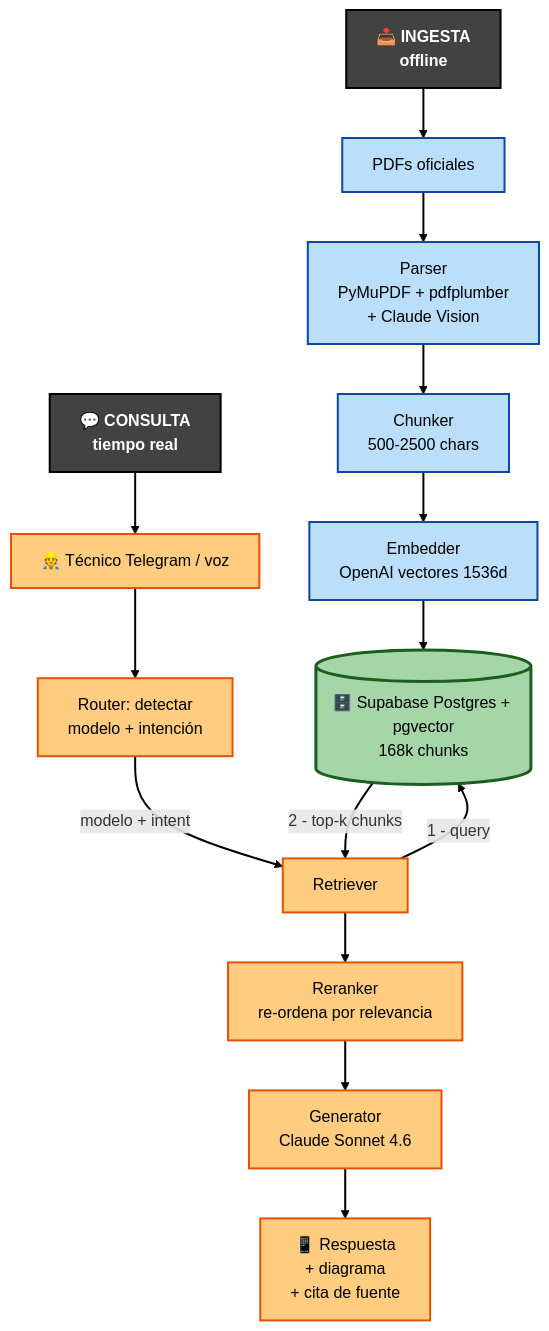
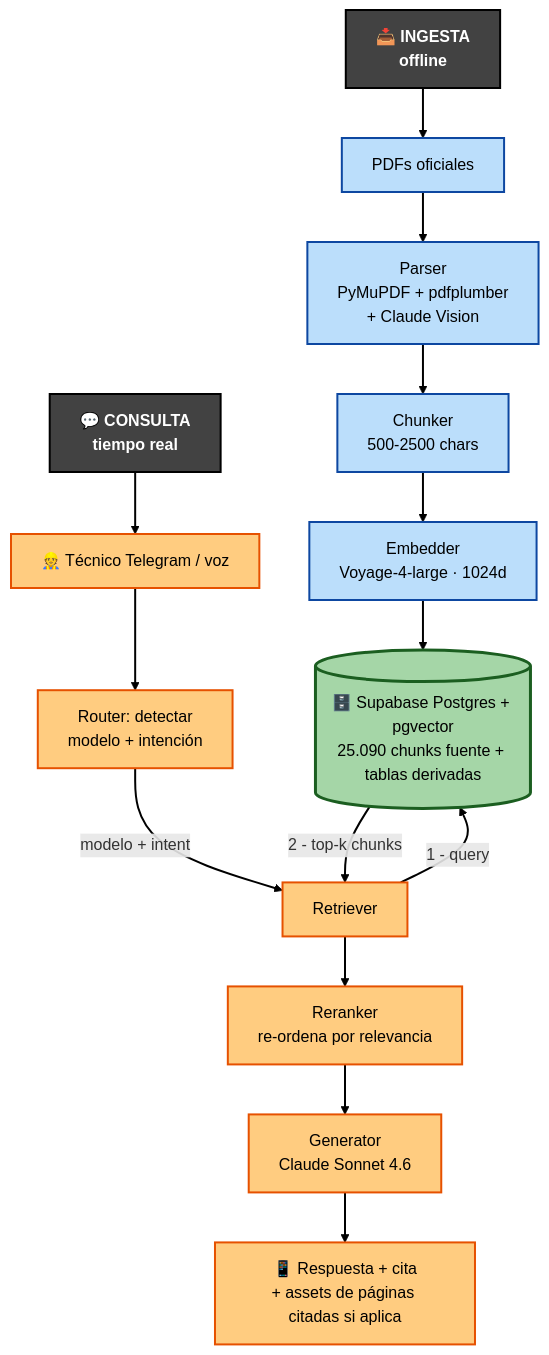
Before and after one commit to albertofontiber/technical_bot: the first of 8 diagrams in docs/ARCHITECTURE.md, drawn with Mermaid. The commit also changed other lines of this file and 61 other files, not shown here.

````diff
--- a/docs/ARCHITECTURE.md
+++ b/docs/ARCHITECTURE.md
@@ -161,35 +168,35 @@
 ```mermaid
 flowchart TB
     %% ========== INGESTA (columna izquierda) ==========
     I1[📥 INGESTA<br>offline] --> I2[PDFs oficiales]
     I2 --> I3[Parser<br>PyMuPDF + pdfplumber<br>+ Claude Vision]
     I3 --> I4[Chunker<br>500-2500 chars]
-    I4 --> I5[Embedder<br>OpenAI vectores 1536d]
+    I4 --> I5[Embedder<br>Voyage-4-large · 1024d]
     I5 ==> DB
 
     %% ========== DB centro ==========
-    DB[(🗄️ Supabase Postgres + pgvector<br>168k chunks)]
+    DB[(🗄️ Supabase Postgres + pgvector<br>25.090 chunks fuente + tablas derivadas)]
 
     %% ========== CONSULTA (columna derecha) ==========
     C1[💬 CONSULTA<br>tiempo real] --> C2[👷 Técnico Telegram / voz]
     C2 --> C3[Router: detectar<br>modelo + intención]
     C3 -->|modelo + intent| C4[Retriever]
     C4 ==>|1 - query| DB
     DB ==>|2 - top-k chunks| C4
     C4 --> C5[Reranker<br>re-ordena por relevancia]
     C5 --> C6[Generator<br>Claude Sonnet 4.6]
-    C6 --> C7[📱 Respuesta<br>+ diagrama<br>+ cita de fuente]
+    C6 --> C7[📱 Respuesta + cita<br>+ assets de páginas citadas si aplica]
 
     %% ========== Estilos ==========
     classDef ingesta fill:#bbdefb,stroke:#0d47a1,color:#000000,stroke-width:2px
     classDef consulta fill:#ffcc80,stroke:#e65100,color:#000000,stroke-width:2px
     classDef dbnode fill:#a5d6a7,stroke:#1b5e20,color:#000000,stroke-width:3px
     classDef title fill:#424242,stroke:#000000,color:#ffffff,font-weight:bold,stroke-width:2px
 
     class I2,I3,I4,I5 ingesta
     class C2,C3,C4,C5,C6,C7 consulta
     class DB dbnode
     class I1,C1 title
 
     linkStyle default stroke:#000000,stroke-width:2px
 ```
````
